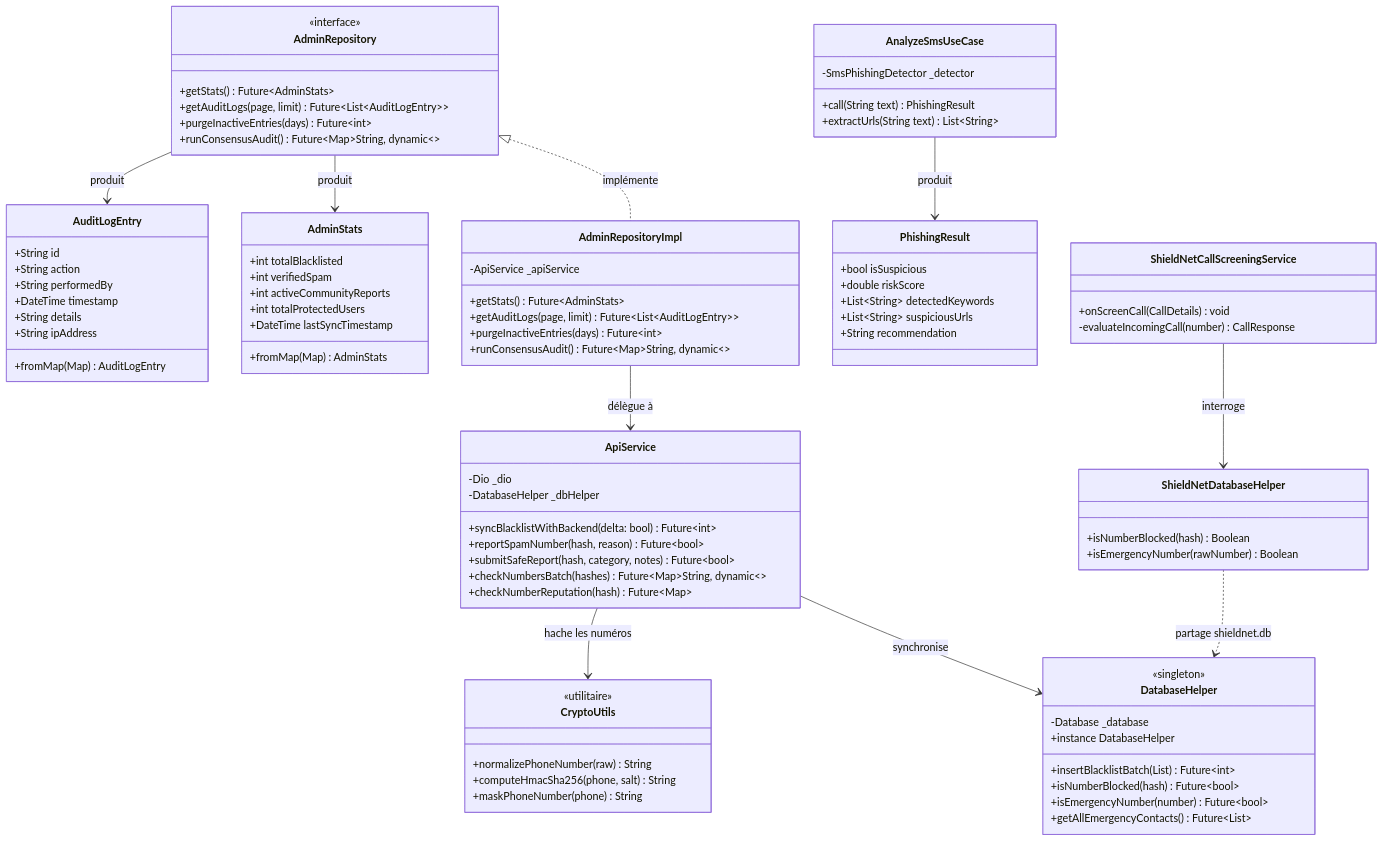
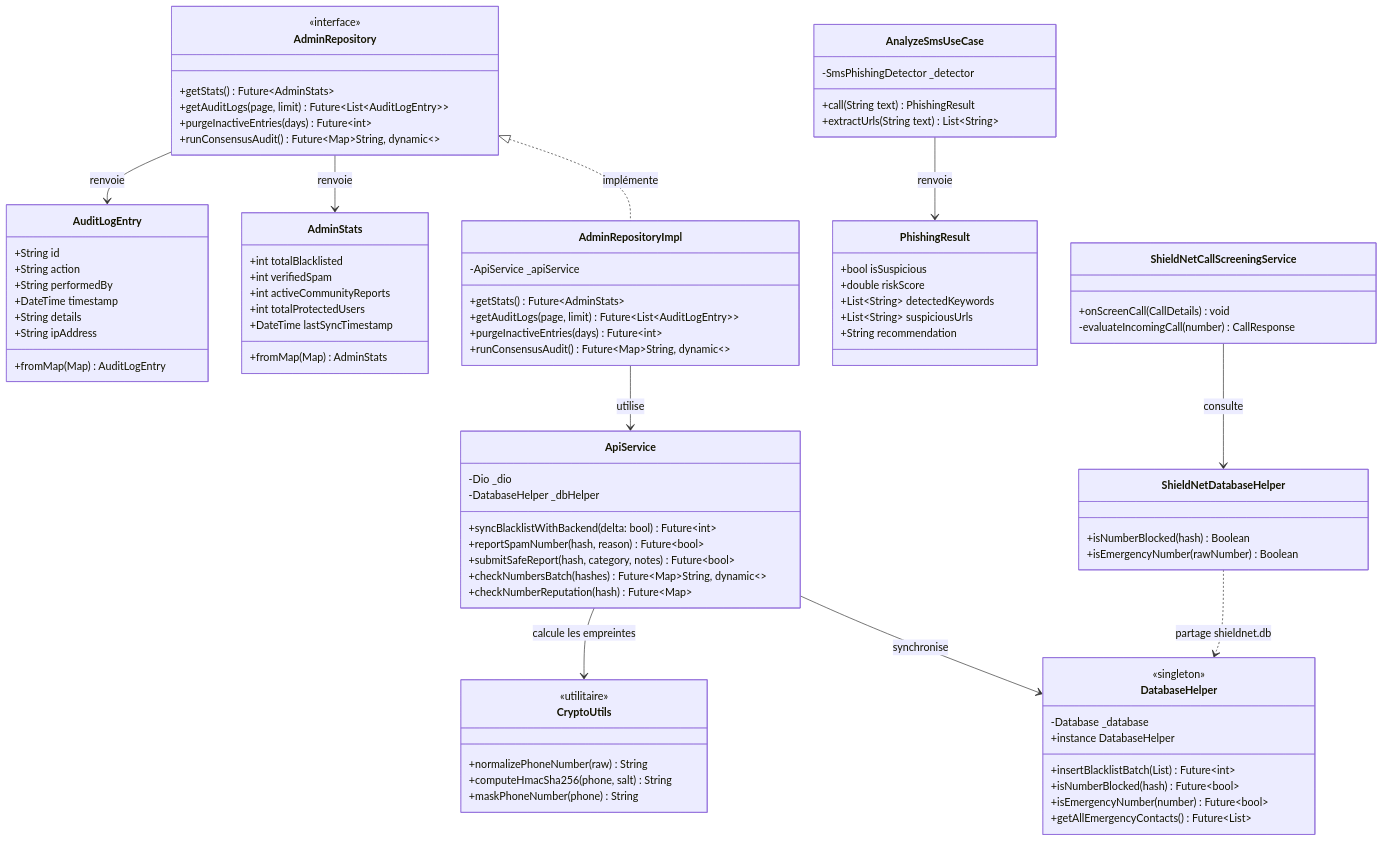
Before and after one commit to fadelilyas01/Projet-Synth-se: the third of 7 diagrams in docs/ARCHITECTURE_ET_CONCEPTION.md, drawn with Mermaid. The commit also changed other lines of this file and 2 other files, not shown here.

Commit message:
docs: add architecture, deployment, and security threat model documentation

````diff
--- a/docs/ARCHITECTURE_ET_CONCEPTION.md
+++ b/docs/ARCHITECTURE_ET_CONCEPTION.md
@@ -216,12 +218,12 @@
 
     %% Relations
     AdminRepository <|.. AdminRepositoryImpl : implémente
-    AdminRepositoryImpl --> ApiService : délègue à
-    AdminRepository --> AdminStats : produit
-    AdminRepository --> AuditLogEntry : produit
-    AnalyzeSmsUseCase --> PhishingResult : produit
+    AdminRepositoryImpl --> ApiService : utilise
+    AdminRepository --> AdminStats : renvoie
+    AdminRepository --> AuditLogEntry : renvoie
+    AnalyzeSmsUseCase --> PhishingResult : renvoie
     ApiService --> DatabaseHelper : synchronise
-    ApiService --> CryptoUtils : hache les numéros
-    ShieldNetCallScreeningService --> ShieldNetDatabaseHelper : interroge
+    ApiService --> CryptoUtils : calcule les empreintes
+    ShieldNetCallScreeningService --> ShieldNetDatabaseHelper : consulte
     ShieldNetDatabaseHelper ..> DatabaseHelper : partage shieldnet.db
 ```
````
